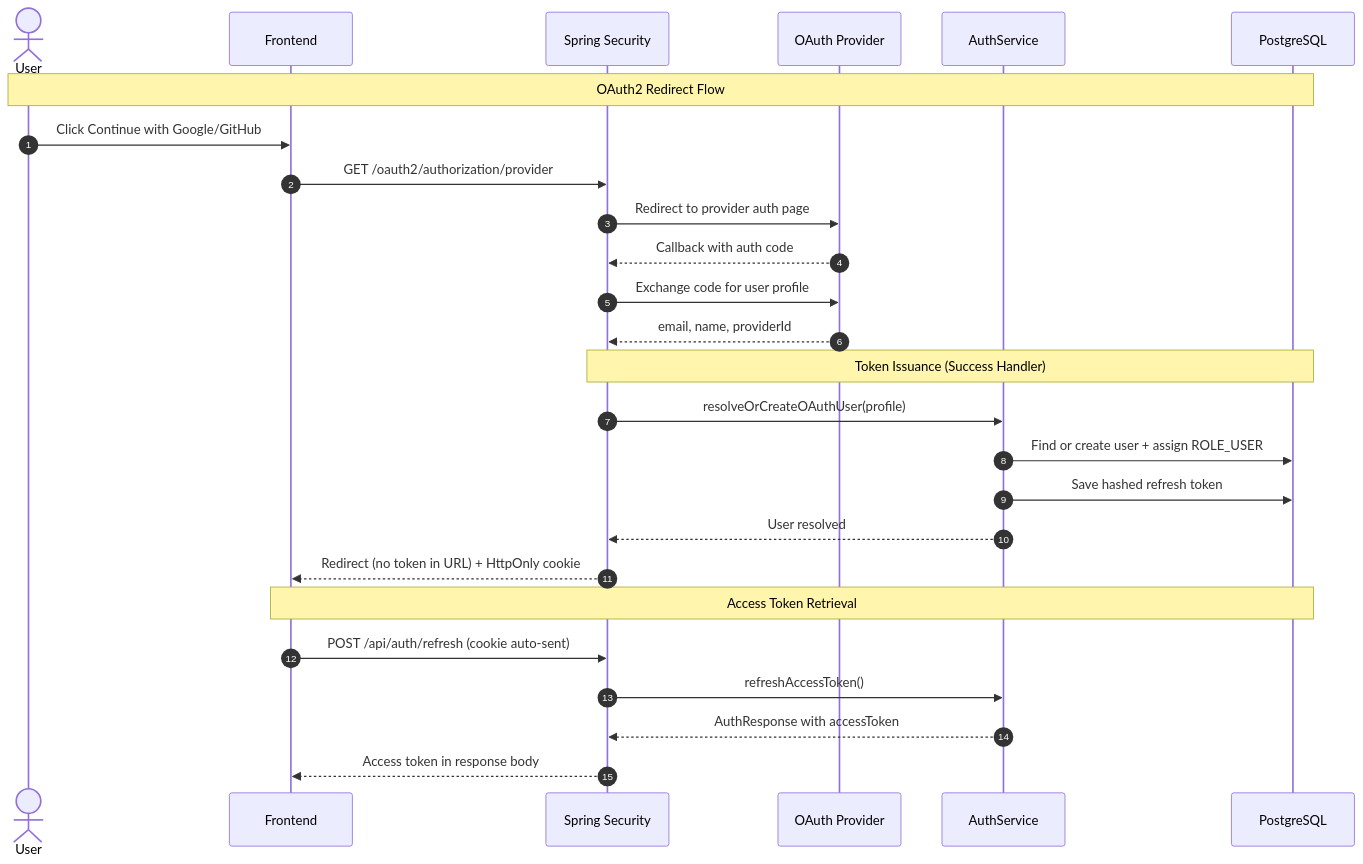
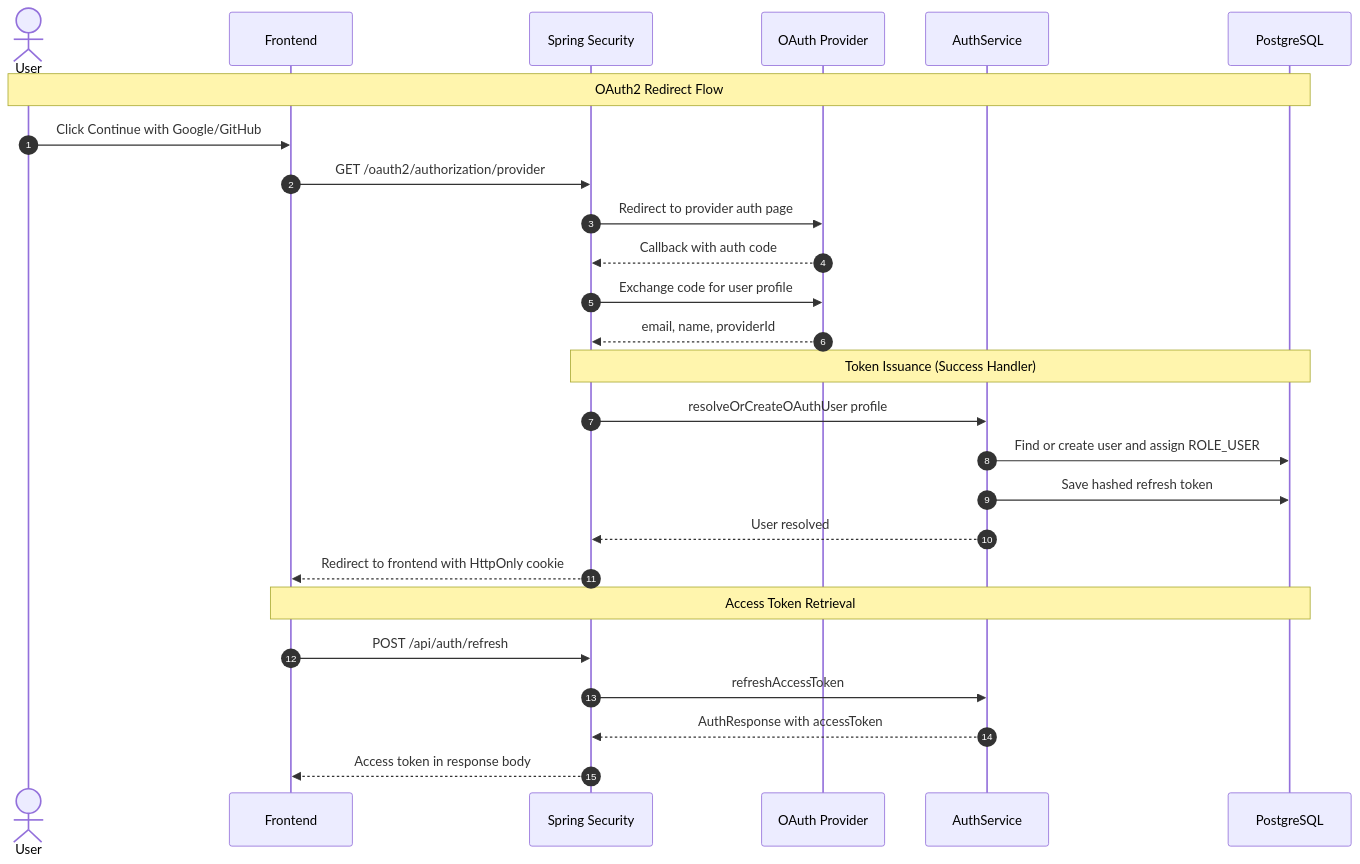
Before and after one commit to himanshugupta91/Full-Stack-Authentication-System: the ninth of 12 diagrams in README.md, drawn with Mermaid. The commit also changed other lines of this file, not shown here.

Commit message:
Fix all mermaid diagrams: remove special chars, parentheses, quotes, and Unicode from labels

````diff
--- a/README.md
+++ b/README.md
@@ -431,31 +431,31 @@
 ```mermaid
 sequenceDiagram
     autonumber
     actor User
     participant FE as Frontend
     participant SEC as Spring Security
     participant OP as OAuth Provider
     participant SVC as AuthService
     participant DB as PostgreSQL
 
     Note over User,DB: OAuth2 Redirect Flow
     User->>FE: Click Continue with Google/GitHub
     FE->>SEC: GET /oauth2/authorization/provider
     SEC->>OP: Redirect to provider auth page
     OP-->>SEC: Callback with auth code
     SEC->>OP: Exchange code for user profile
     OP-->>SEC: email, name, providerId
 
     Note over SEC,DB: Token Issuance (Success Handler)
-    SEC->>SVC: resolveOrCreateOAuthUser(profile)
-    SVC->>DB: Find or create user + assign ROLE_USER
+    SEC->>SVC: resolveOrCreateOAuthUser profile
+    SVC->>DB: Find or create user and assign ROLE_USER
     SVC->>DB: Save hashed refresh token
     SVC-->>SEC: User resolved
-    SEC-->>FE: Redirect (no token in URL) + HttpOnly cookie
+    SEC-->>FE: Redirect to frontend with HttpOnly cookie
 
     Note over FE,DB: Access Token Retrieval
-    FE->>SEC: POST /api/auth/refresh (cookie auto-sent)
-    SEC->>SVC: refreshAccessToken()
+    FE->>SEC: POST /api/auth/refresh
+    SEC->>SVC: refreshAccessToken
     SVC-->>SEC: AuthResponse with accessToken
     SEC-->>FE: Access token in response body
 ```
````
